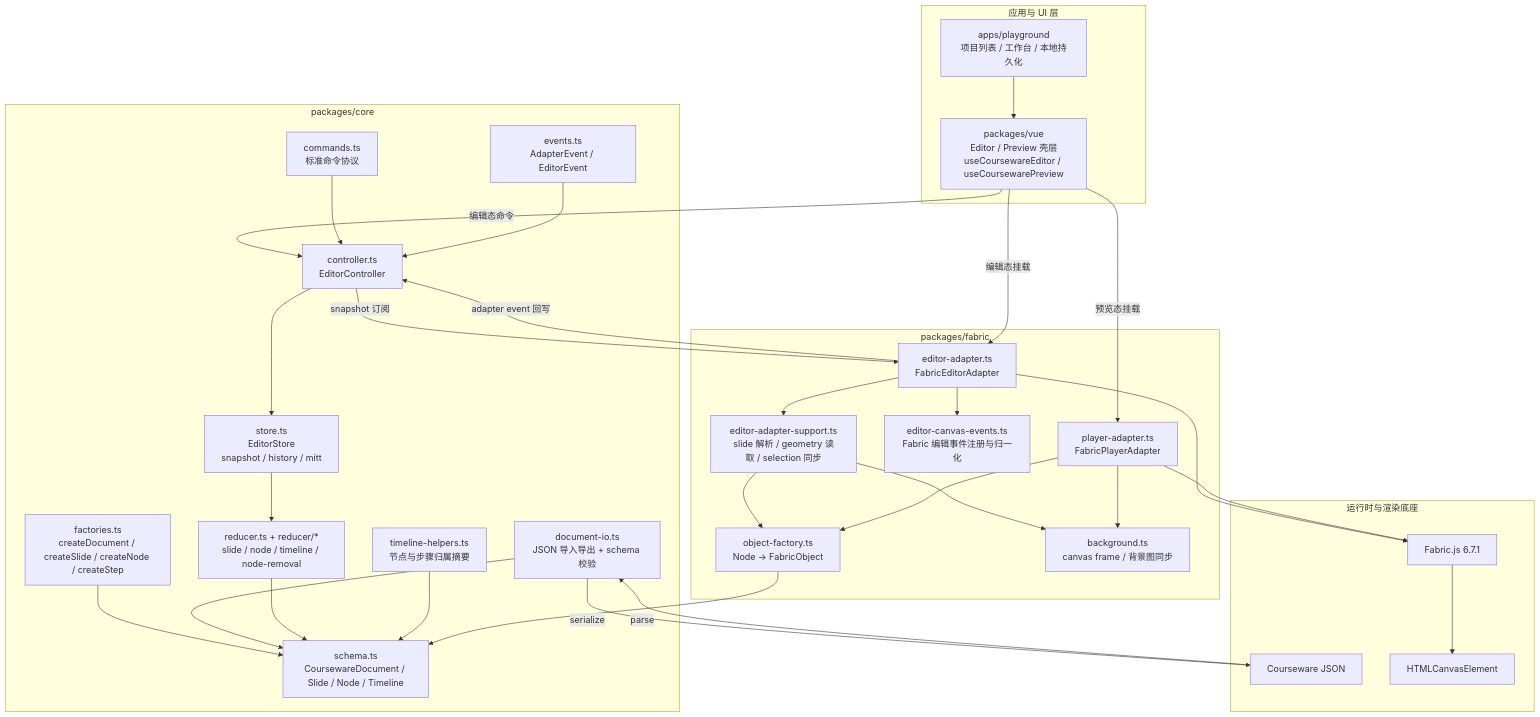
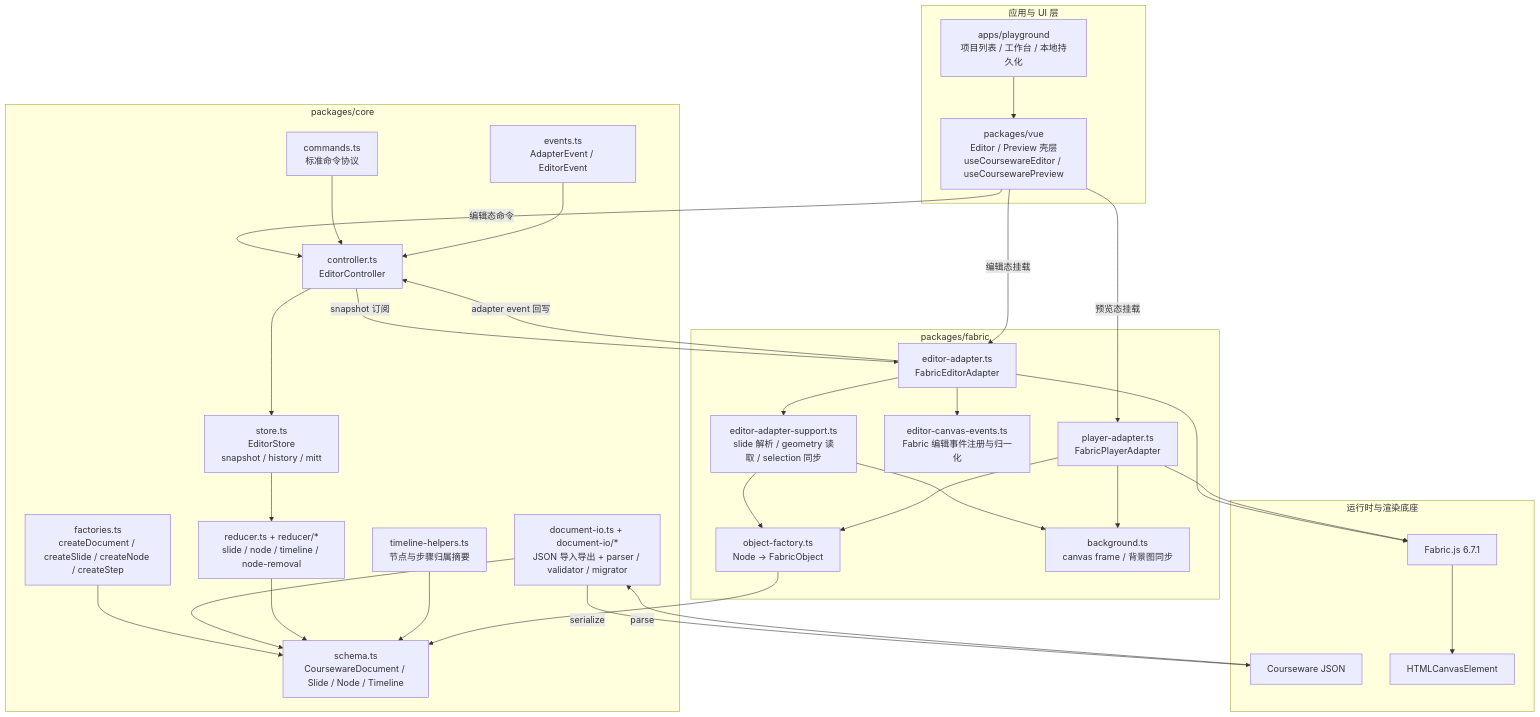
Before and after one commit to zhouIyu/canvas-courseware: the first of 3 diagrams in README.md, drawn with Mermaid. The commit also changed other lines of this file and 33 other files, not shown here.

````diff
--- a/README.md
+++ b/README.md
@@ -7,66 +7,66 @@
 ```mermaid
 flowchart TB
   subgraph UI["应用与 UI 层"]
     PLAY["apps/playground<br/>项目列表 / 工作台 / 本地持久化"]
     VUE["packages/vue<br/>Editor / Preview 壳层<br/>useCoursewareEditor / useCoursewarePreview"]
   end
 
   subgraph CORE["packages/core"]
     SCHEMA["schema.ts<br/>CoursewareDocument / Slide / Node / Timeline"]
     FACTORIES["factories.ts<br/>createDocument / createSlide / createNode / createStep"]
-    DOCIO["document-io.ts<br/>JSON 导入导出 + schema 校验"]
+    DOCIO["document-io.ts + document-io/*<br/>JSON 导入导出 + parser / validator / migrator"]
     COMMANDS["commands.ts<br/>标准命令协议"]
     EVENTS["events.ts<br/>AdapterEvent / EditorEvent"]
     CONTROLLER["controller.ts<br/>EditorController"]
     STORE["store.ts<br/>EditorStore<br/>snapshot / history / mitt"]
     REDUCER["reducer.ts + reducer/*<br/>slide / node / timeline / node-removal"]
     TIMELINE["timeline-helpers.ts<br/>节点与步骤归属摘要"]
   end
 
   subgraph FABRIC["packages/fabric"]
     EDITOR["editor-adapter.ts<br/>FabricEditorAdapter"]
     SUPPORT["editor-adapter-support.ts<br/>slide 解析 / geometry 读取 / selection 同步"]
     CANVAS_EVENTS["editor-canvas-events.ts<br/>Fabric 编辑事件注册与归一化"]
     PLAYER["player-adapter.ts<br/>FabricPlayerAdapter"]
     OBJECT_FACTORY["object-factory.ts<br/>Node -> FabricObject"]
     BACKGROUND["background.ts<br/>canvas frame / 背景图同步"]
   end
 
   subgraph RUNTIME["运行时与渲染底座"]
     JSON["Courseware JSON"]
     FABRIC_JS["Fabric.js 6.7.1"]
     CANVAS["HTMLCanvasElement"]
   end
 
   PLAY --> VUE
 
   VUE -->|编辑态命令| CONTROLLER
   VUE -->|编辑态挂载| EDITOR
   VUE -->|预览态挂载| PLAYER
 
   FACTORIES --> SCHEMA
   DOCIO --> SCHEMA
   JSON -->|parse| DOCIO
   DOCIO -->|serialize| JSON
   COMMANDS --> CONTROLLER
   EVENTS --> CONTROLLER
   CONTROLLER --> STORE
   STORE --> REDUCER
   REDUCER --> SCHEMA
   TIMELINE --> SCHEMA
 
   CONTROLLER -->|snapshot 订阅| EDITOR
   EDITOR -->|adapter event 回写| CONTROLLER
   EDITOR --> SUPPORT
   EDITOR --> CANVAS_EVENTS
   SUPPORT --> OBJECT_FACTORY
   SUPPORT --> BACKGROUND
 
   PLAYER --> OBJECT_FACTORY
   PLAYER --> BACKGROUND
   OBJECT_FACTORY --> SCHEMA
 
   EDITOR --> FABRIC_JS
   PLAYER --> FABRIC_JS
   FABRIC_JS --> CANVAS
 ```
````
